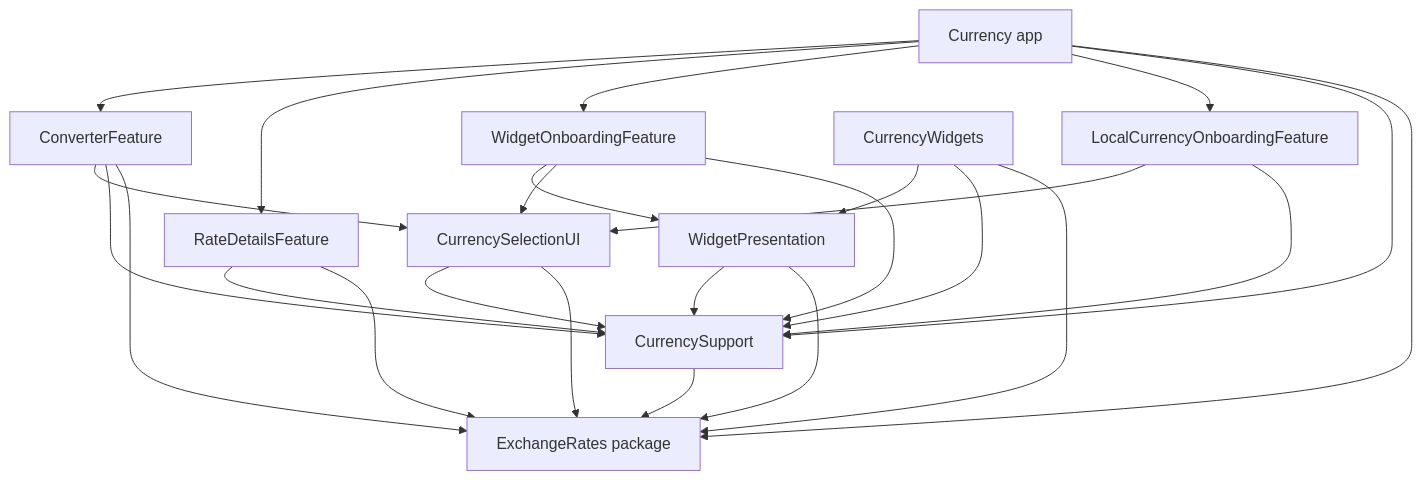
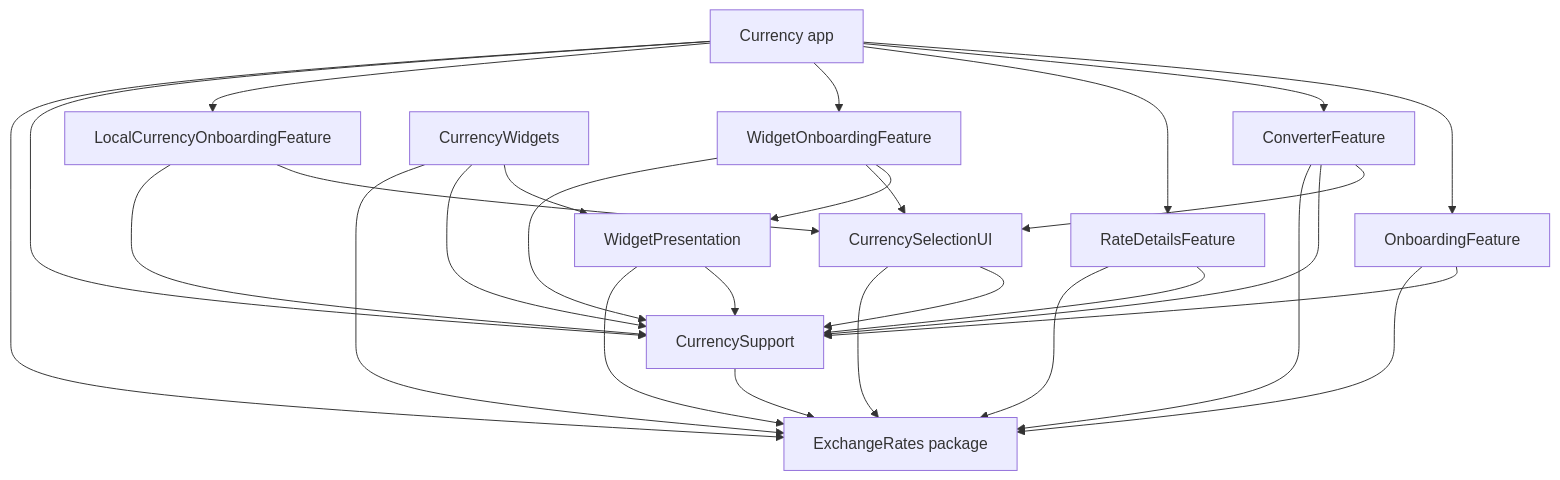
One commit to DimaMishchenko/currency changed the diagram in Documentation/Architecture.md. Above: the diagram before and after it, drawn with Mermaid. The commit also changed other lines of this file and 33 other files, not shown here.

````diff
--- a/Documentation/Architecture.md
+++ b/Documentation/Architecture.md
@@ -7,27 +7,30 @@
 ```mermaid
 flowchart TD
-  App[Currency app] --> Converter[ConverterFeature]
+  App[Currency app] --> Onboarding[OnboardingFeature]
+  Onboarding --> Support
+  Onboarding --> Rates
+  App --> Converter[ConverterFeature]
   App --> Details[RateDetailsFeature]
   App --> WidgetGuide[WidgetOnboardingFeature]
   App --> LocalGuide[LocalCurrencyOnboardingFeature]
   WidgetGuide --> Presentation[WidgetPresentation]
   WidgetGuide --> Selection[CurrencySelectionUI]
   WidgetGuide --> Support
   LocalGuide --> Selection
   LocalGuide --> Support
   Selection --> Support
   Selection --> Rates
   Presentation --> Support
   Presentation --> Rates
   Converter --> Selection
   App --> Support[CurrencySupport]
   App --> Rates[ExchangeRates package]
   Converter --> Support
   Converter --> Rates
   Details --> Support
   Details --> Rates
   Widgets[CurrencyWidgets] --> Presentation
   Widgets --> Support
   Widgets --> Rates
   Support --> Rates
 ```
````
